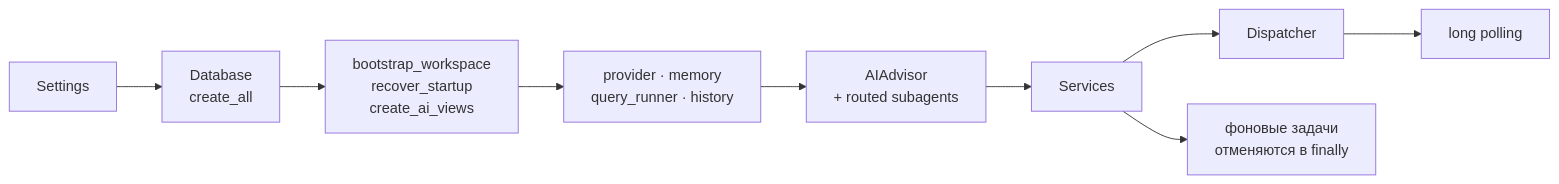
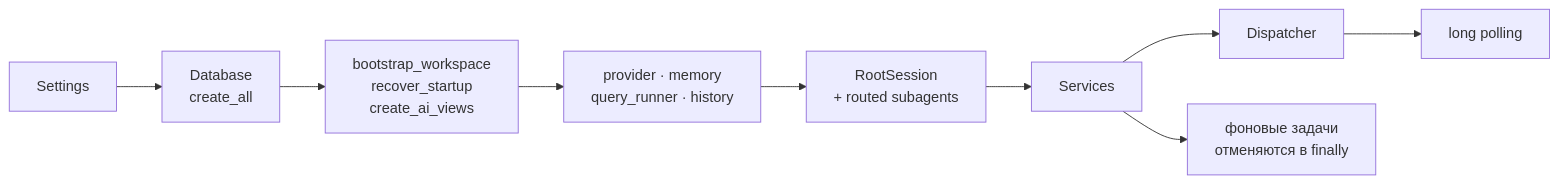
Before and after one commit to myvaheed/tg-ai-safwa: the second of 2 diagrams in docs/diagrams/01-architecture.md, drawn with Mermaid. The commit also changed 13 other files, not shown here.

````diff
--- a/docs/diagrams/01-architecture.md
+++ b/docs/diagrams/01-architecture.md
@@ -64,11 +64,11 @@
 ```mermaid
 flowchart LR
     S["Settings"] --> DB["Database<br/>create_all"]
     DB --> BOOT["bootstrap_workspace<br/>recover_startup<br/>create_ai_views"]
     BOOT --> INFRA["provider · memory<br/>query_runner · history"]
-    INFRA --> ADV["AIAdvisor<br/>+ routed subagents"]
+    INFRA --> ADV["RootSession<br/>+ routed subagents"]
     ADV --> SV["Services"]
     SV --> DP["Dispatcher"]
     DP --> POLL["long polling"]
     SV --> BG["фоновые задачи<br/>отменяются в finally"]
 ```
````
